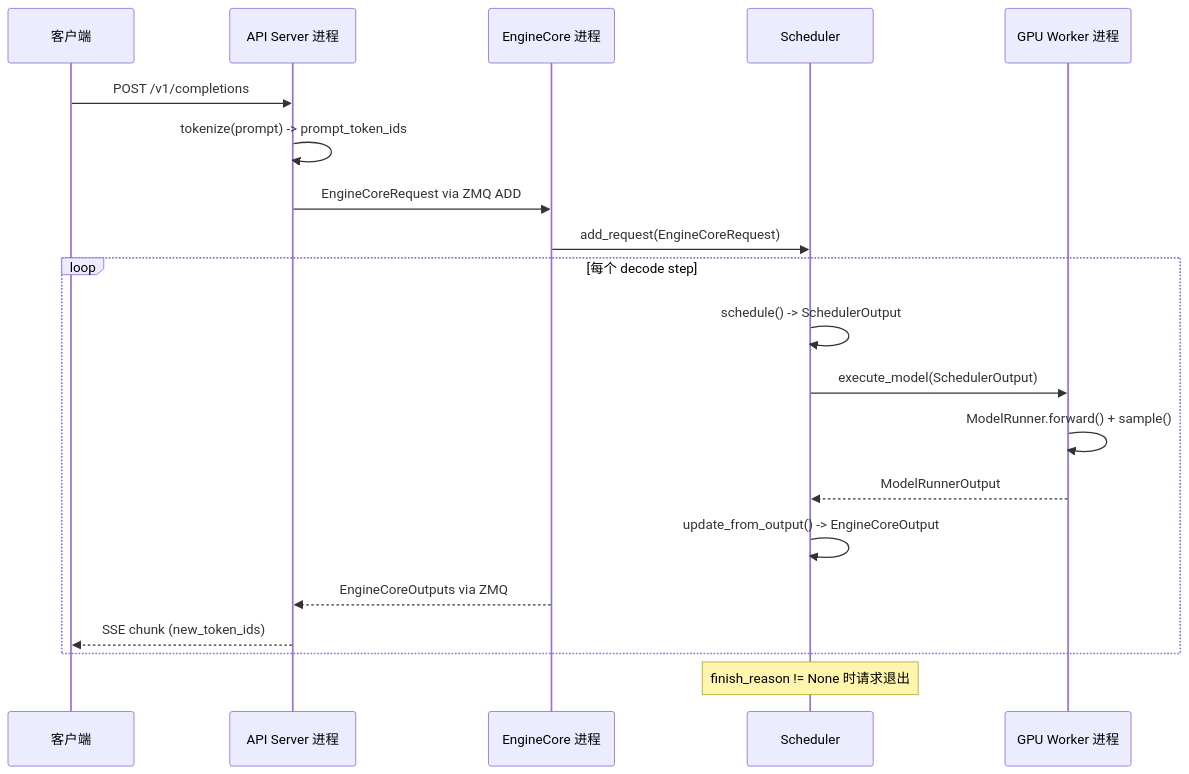
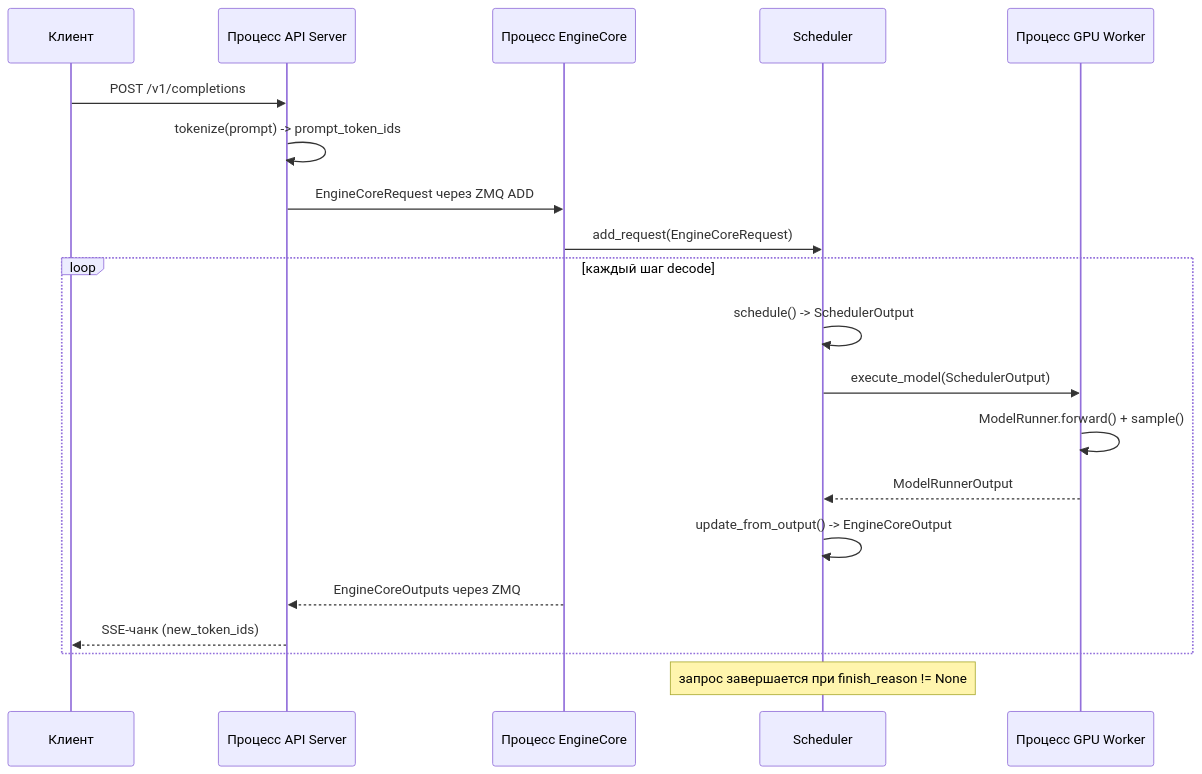
One commit to maleRjc/AiReadCodeBooks changed the second of 2 diagrams in books/vllm/ru/01-design-philosophy-and-architecture.md. Above: the diagram before and after it, drawn with Mermaid. The commit also changed other lines of this file and 74 other files, not shown here.

````diff
--- a/books/vllm/ru/01-design-philosophy-and-architecture.md
+++ b/books/vllm/ru/01-design-philosophy-and-architecture.md
@@ -193,23 +193,23 @@
 ```mermaid
 sequenceDiagram
-    participant Client as 客户端
-    participant API as API Server 进程
-    participant Core as EngineCore 进程
+    participant Client as Клиент
+    participant API as Процесс API Server
+    participant Core as Процесс EngineCore
     participant Sched as Scheduler
-    participant Worker as GPU Worker 进程
+    participant Worker as Процесс GPU Worker
 
     Client->>API: POST /v1/completions
     API->>API: tokenize(prompt) -> prompt_token_ids
-    API->>Core: EngineCoreRequest via ZMQ ADD
+    API->>Core: EngineCoreRequest через ZMQ ADD
     Core->>Sched: add_request(EngineCoreRequest)
-    loop 每个 decode step
+    loop каждый шаг decode
         Sched->>Sched: schedule() -> SchedulerOutput
         Sched->>Worker: execute_model(SchedulerOutput)
         Worker->>Worker: ModelRunner.forward() + sample()
         Worker-->>Sched: ModelRunnerOutput
         Sched->>Sched: update_from_output() -> EngineCoreOutput
-        Core-->>API: EngineCoreOutputs via ZMQ
-        API-->>Client: SSE chunk (new_token_ids)
+        Core-->>API: EngineCoreOutputs через ZMQ
+        API-->>Client: SSE-чанк (new_token_ids)
     end
-    Note over Sched: finish_reason != None 时请求退出
+    Note over Sched: запрос завершается при finish_reason != None
 ```
````
